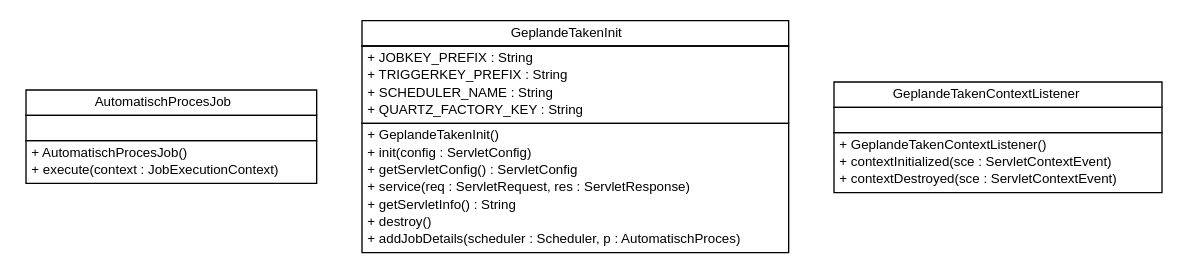
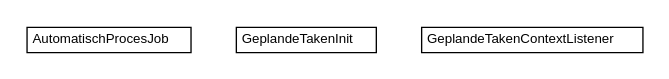
One commit to B3Partners/brmo changed the diagram in brmo-service/apidocs/nl/b3p/brmo/service/jobs/nl.b3p.brmo.service.jobs.dot. Above: the diagram before and after it, drawn with Graphviz. The commit also changed 385 other files, not shown here.

```diff
--- a/brmo-service/apidocs/nl/b3p/brmo/service/jobs/nl.b3p.brmo.service.jobs.dot
+++ b/brmo-service/apidocs/nl/b3p/brmo/service/jobs/nl.b3p.brmo.service.jobs.dot
@@ -1,60 +1,30 @@
 #!/usr/local/bin/dot
 #
 # Class diagram 
 # Generated by UMLGraph version R5_6-24-gf6e263 (http://www.umlgraph.org/)
 #
 
 digraph G {
 	edge [fontname="Helvetica",fontsize=10,labelfontname="Helvetica",labelfontsize=10];
 	node [fontname="Helvetica",fontsize=10,shape=plaintext];
 	nodesep=0.25;
 	ranksep=0.5;
 	// nl.b3p.brmo.service.jobs.AutomatischProcesJob
 	c103 [label=<<table title="nl.b3p.brmo.service.jobs.AutomatischProcesJob" border="0" cellborder="1" cellspacing="0" cellpadding="2" port="p" href="./AutomatischProcesJob.html">
 		<tr><td><table border="0" cellspacing="0" cellpadding="1">
 <tr><td align="center" balign="center"> AutomatischProcesJob </td></tr>
 		</table></td></tr>
-		<tr><td><table border="0" cellspacing="0" cellpadding="1">
-<tr><td align="left" balign="left">  </td></tr>
-		</table></td></tr>
-		<tr><td><table border="0" cellspacing="0" cellpadding="1">
-<tr><td align="left" balign="left"> + AutomatischProcesJob() </td></tr>
-<tr><td align="left" balign="left"> + execute(context : JobExecutionContext) </td></tr>
-		</table></td></tr>
 		</table>>, URL="./AutomatischProcesJob.html", fontname="Helvetica", fontcolor="black", fontsize=10.0];
 	// nl.b3p.brmo.service.jobs.GeplandeTakenInit
 	c104 [label=<<table title="nl.b3p.brmo.service.jobs.GeplandeTakenInit" border="0" cellborder="1" cellspacing="0" cellpadding="2" port="p" href="./GeplandeTakenInit.html">
 		<tr><td><table border="0" cellspacing="0" cellpadding="1">
 <tr><td align="center" balign="center"> GeplandeTakenInit </td></tr>
-		</table></td></tr>
-		<tr><td><table border="0" cellspacing="0" cellpadding="1">
-<tr><td align="left" balign="left"> + JOBKEY_PREFIX : String </td></tr>
-<tr><td align="left" balign="left"> + TRIGGERKEY_PREFIX : String </td></tr>
-<tr><td align="left" balign="left"> + SCHEDULER_NAME : String </td></tr>
-<tr><td align="left" balign="left"> + QUARTZ_FACTORY_KEY : String </td></tr>
-		</table></td></tr>
-		<tr><td><table border="0" cellspacing="0" cellpadding="1">
-<tr><td align="left" balign="left"> + GeplandeTakenInit() </td></tr>
-<tr><td align="left" balign="left"> + init(config : ServletConfig) </td></tr>
-<tr><td align="left" balign="left"> + getServletConfig() : ServletConfig </td></tr>
-<tr><td align="left" balign="left"> + service(req : ServletRequest, res : ServletResponse) </td></tr>
-<tr><td align="left" balign="left"> + getServletInfo() : String </td></tr>
-<tr><td align="left" balign="left"> + destroy() </td></tr>
-<tr><td align="left" balign="left"> + addJobDetails(scheduler : Scheduler, p : AutomatischProces) </td></tr>
 		</table></td></tr>
 		</table>>, URL="./GeplandeTakenInit.html", fontname="Helvetica", fontcolor="black", fontsize=10.0];
 	// nl.b3p.brmo.service.jobs.GeplandeTakenContextListener
 	c105 [label=<<table title="nl.b3p.brmo.service.jobs.GeplandeTakenContextListener" border="0" cellborder="1" cellspacing="0" cellpadding="2" port="p" href="./GeplandeTakenContextListener.html">
 		<tr><td><table border="0" cellspacing="0" cellpadding="1">
 <tr><td align="center" balign="center"> GeplandeTakenContextListener </td></tr>
 		</table></td></tr>
-		<tr><td><table border="0" cellspacing="0" cellpadding="1">
-<tr><td align="left" balign="left">  </td></tr>
-		</table></td></tr>
-		<tr><td><table border="0" cellspacing="0" cellpadding="1">
-<tr><td align="left" balign="left"> + GeplandeTakenContextListener() </td></tr>
-<tr><td align="left" balign="left"> + contextInitialized(sce : ServletContextEvent) </td></tr>
-<tr><td align="left" balign="left"> + contextDestroyed(sce : ServletContextEvent) </td></tr>
-		</table></td></tr>
 		</table>>, URL="./GeplandeTakenContextListener.html", fontname="Helvetica", fontcolor="black", fontsize=10.0];
 }
```
